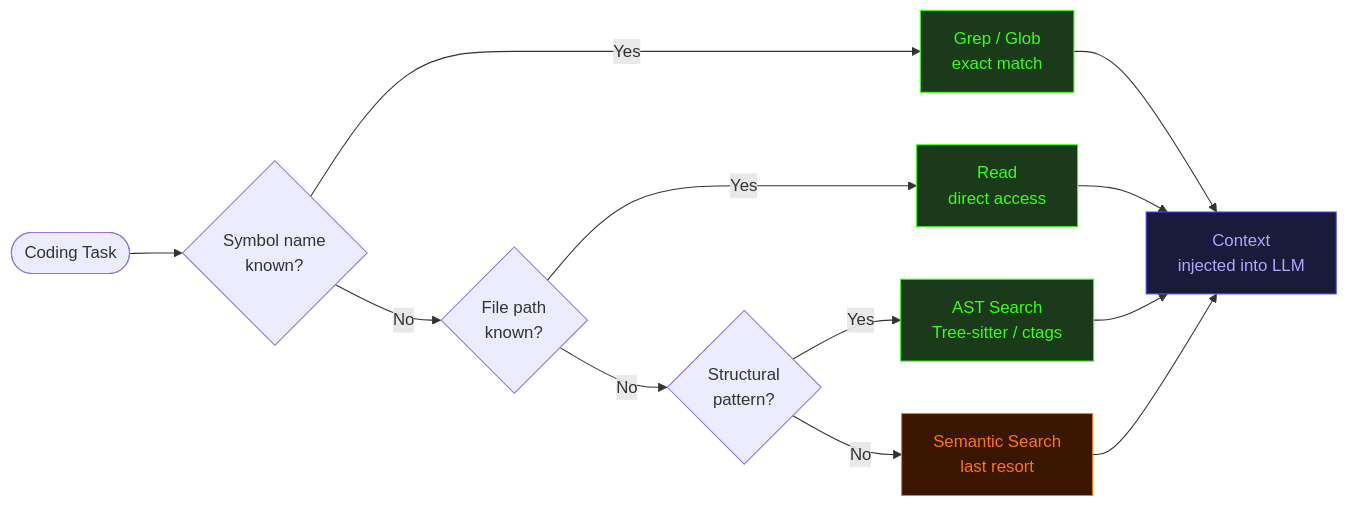
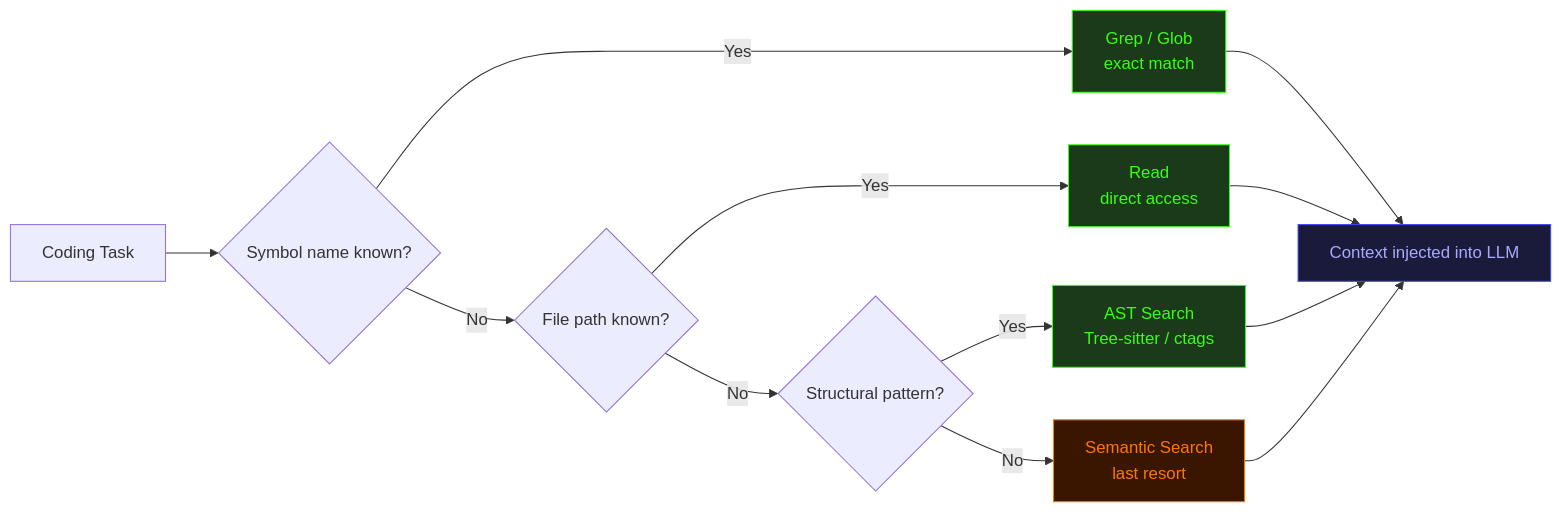
One commit to bet0x/barrahome-2026 changed the third of 3 diagrams in 2026/02/19/rag-from-theory-to-enterprise.md. Above: the diagram before and after it, drawn with Mermaid. The commit also changed other lines of this file, not shown here.

Commit message:
Fix mermaid: use br instead of newline, remove flowchart-specific shapes

```diff
--- a/2026/02/19/rag-from-theory-to-enterprise.md
+++ b/2026/02/19/rag-from-theory-to-enterprise.md
@@ -287,21 +287,21 @@
 <div class="mermaid">
 graph LR
-    TASK([Coding Task]) --> Q1{Symbol name\nknown?}
-    Q1 -->|Yes| GREP[Grep / Glob\nexact match]
-    Q1 -->|No| Q2{File path\nknown?}
-    Q2 -->|Yes| READ[Read\ndirect access]
-    Q2 -->|No| Q3{Structural\npattern?}
-    Q3 -->|Yes| AST[AST Search\nTree-sitter / ctags]
-    Q3 -->|No| SEM[Semantic Search\nlast resort]
+    TASK[Coding Task] --> Q1{Symbol name known?}
+    Q1 -->|Yes| GREP[Grep / Glob<br/>exact match]
+    Q1 -->|No| Q2{File path known?}
+    Q2 -->|Yes| READ[Read<br/>direct access]
+    Q2 -->|No| Q3{Structural pattern?}
+    Q3 -->|Yes| AST[AST Search<br/>Tree-sitter / ctags]
+    Q3 -->|No| SEM[Semantic Search<br/>last resort]
 
-    GREP --> CTX[Context\ninjected into LLM]
+    GREP --> CTX[Context injected into LLM]
     READ --> CTX
     AST --> CTX
     SEM --> CTX
 
     style GREP fill:#1a3a1a,stroke:#39ff14,color:#39ff14
     style READ fill:#1a3a1a,stroke:#39ff14,color:#39ff14
     style AST fill:#1a3a1a,stroke:#39ff14,color:#39ff14
     style SEM fill:#3a1500,stroke:#ff7700,color:#ff7700
     style CTX fill:#1a1a3a,stroke:#4444ff,color:#aaaaff
 </div>
```
